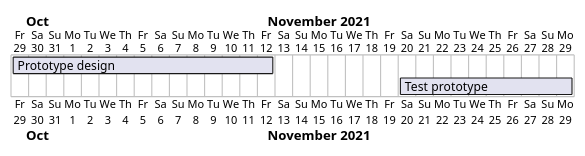
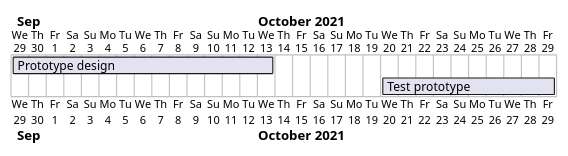
One commit to facund015/codeRelatedObsidianNotes changed the diagram in Diagramas.md. Above: the diagram before and after it, drawn with PlantUML. The commit also changed 1 other file, not shown here.

Commit message:
vault backup: 2021-09-29 12:09:37

````diff
--- a/Diagramas.md
+++ b/Diagramas.md
@@ -1,15 +1,15 @@
 ```plantuml
 
 @startgantt
 [Prototype design] lasts 15 days
 [Test prototype] lasts 10 days
 
-Project starts 2021-10-29
-[Prototype design] starts 2021-10-29
-[Test prototype] starts 2021-11-20
+Project starts 2021-09-29
+[Prototype design] starts 2021-09-29
+[Test prototype] starts 2021-10-20
 
 @endgantt
 
 
 
 ```
````
